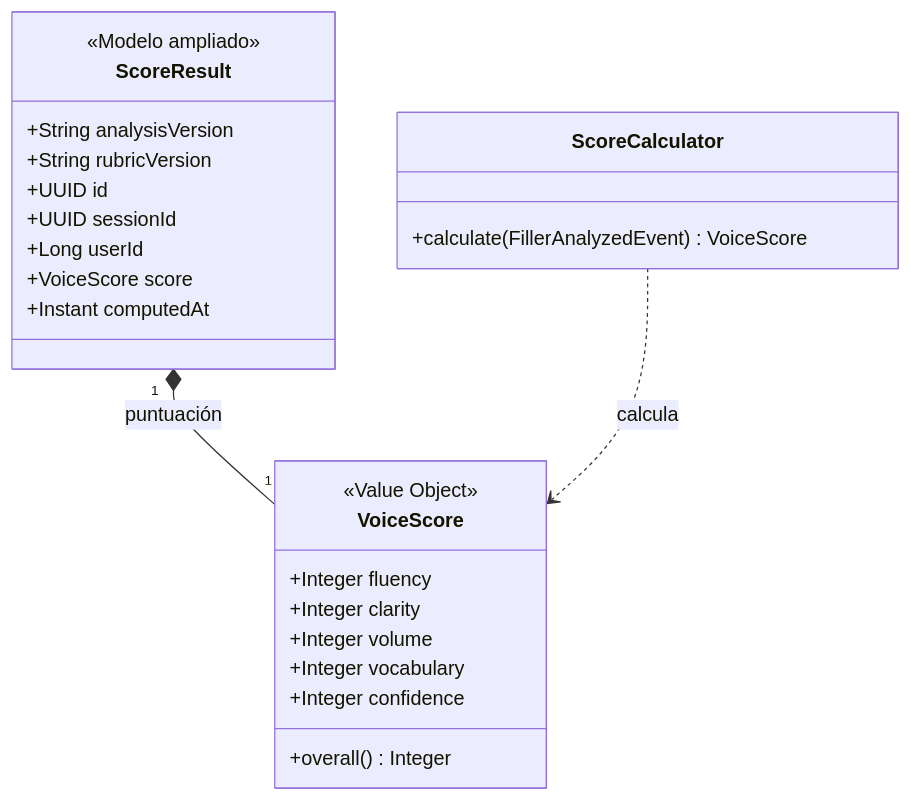
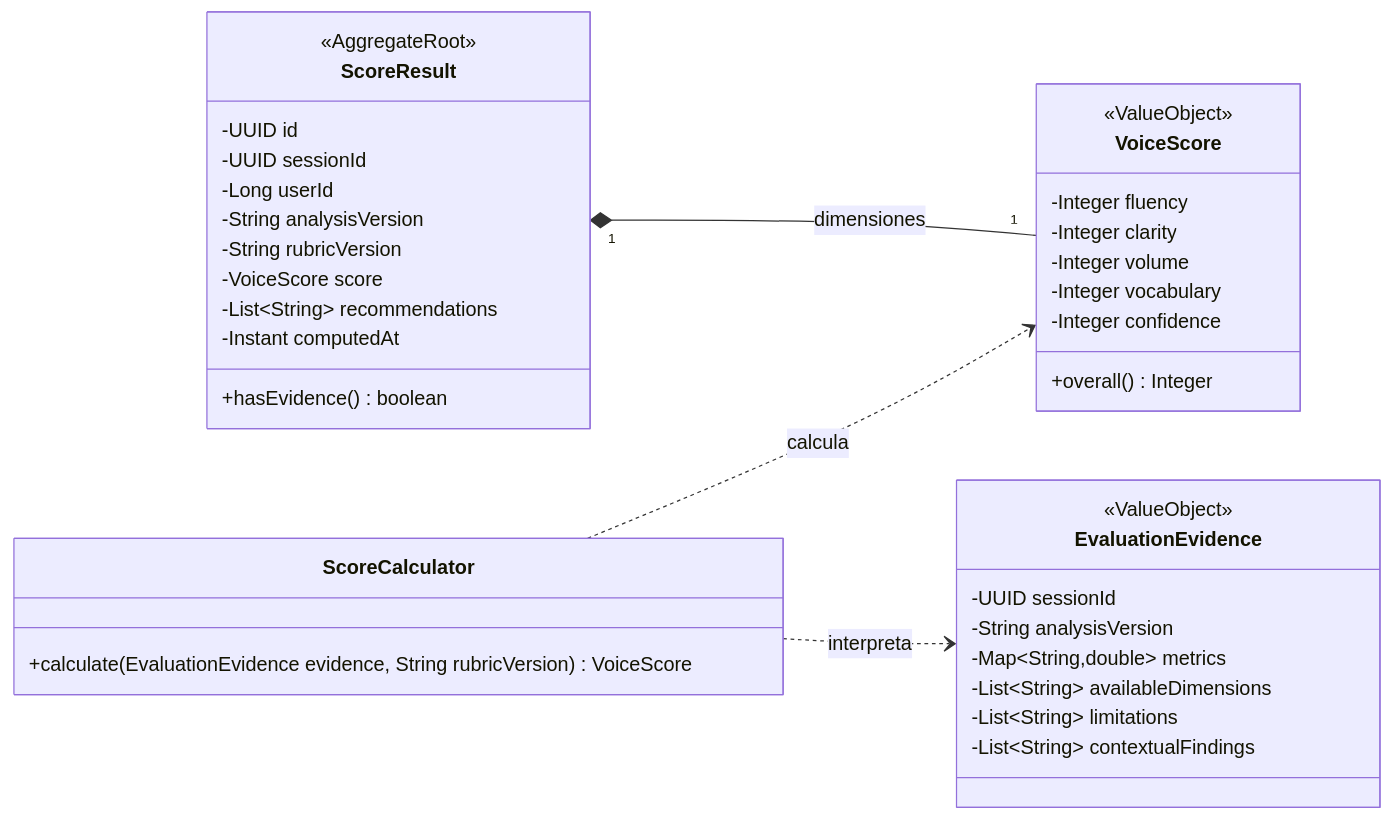
One commit to upc-pre-202620-si728-16365-thropic/talki-project-report changed the diagram in assets/diagrams/tactical/03-scoring-feedback-classes.mmd. Above: the diagram before and after it, drawn with Mermaid. The commit also changed 6 other files, not shown here.

```diff
--- a/assets/diagrams/tactical/03-scoring-feedback-classes.mmd
+++ b/assets/diagrams/tactical/03-scoring-feedback-classes.mmd
@@ -1,26 +1,38 @@
 classDiagram
-    class ScoreResult {
-        <<Modelo ampliado>>
-        +String analysisVersion
-        +String rubricVersion
-        +UUID id
-        +UUID sessionId
-        +Long userId
-        +VoiceScore score
-        +Instant computedAt
-    }
-    class VoiceScore {
-        <<Value Object>>
-        +Integer fluency
-        +Integer clarity
-        +Integer volume
-        +Integer vocabulary
-        +Integer confidence
-        +overall() Integer
-    }
-    class ScoreCalculator {
-        +calculate(FillerAnalyzedEvent) VoiceScore
-    }
-
-    ScoreResult "1" *-- "1" VoiceScore : puntuación
-    ScoreCalculator ..> VoiceScore : calcula
+ direction LR
+class ScoreResult {
+  <<AggregateRoot>>
+  -UUID id
+  -UUID sessionId
+  -Long userId
+  -String analysisVersion
+  -String rubricVersion
+  -VoiceScore score
+  -List~String~ recommendations
+  -Instant computedAt
+  +hasEvidence() boolean
+}
+class VoiceScore {
+  <<ValueObject>>
+  -Integer fluency
+  -Integer clarity
+  -Integer volume
+  -Integer vocabulary
+  -Integer confidence
+  +overall() Integer
+}
+class EvaluationEvidence {
+  <<ValueObject>>
+  -UUID sessionId
+  -String analysisVersion
+  -Map~String,double~ metrics
+  -List~String~ availableDimensions
+  -List~String~ limitations
+  -List~String~ contextualFindings
+}
+class ScoreCalculator {
+  +calculate(EvaluationEvidence evidence, String rubricVersion) VoiceScore
+}
+ScoreResult "1" *-- "1" VoiceScore : dimensiones
+ScoreCalculator ..> EvaluationEvidence : interpreta
+ScoreCalculator ..> VoiceScore : calcula
```
